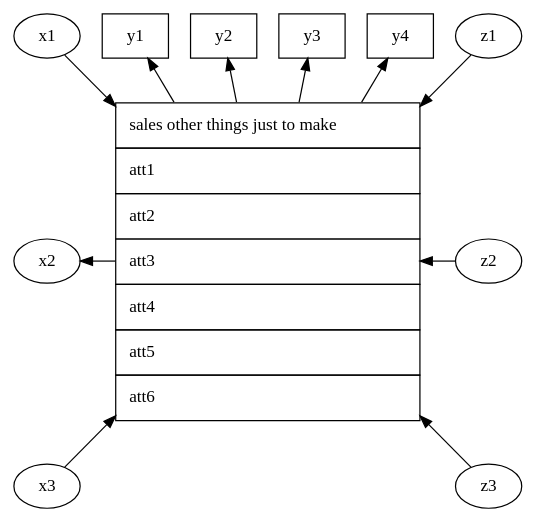
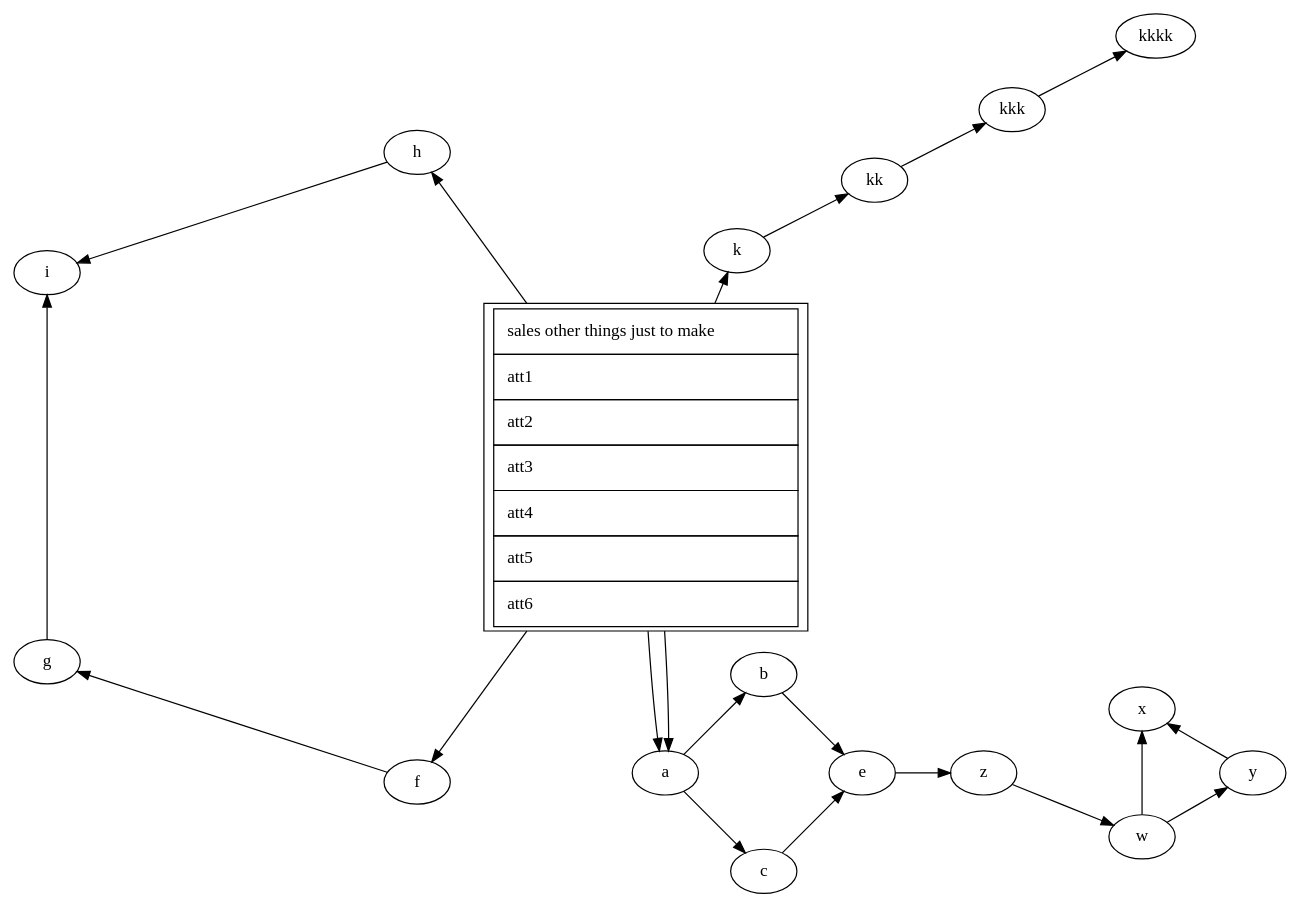
One commit to leonardogonfiantini/bubbly changed the diagram in cmd/gen/dot.dot. Above: the diagram before and after it, drawn with Graphviz. The commit also changed 5 other files, not shown here.

```diff
--- a/cmd/gen/dot.dot
+++ b/cmd/gen/dot.dot
@@ -1,34 +1,50 @@
 digraph G {
-	subgraph how {
-	rank=same;
-	y1 [ shape=box ];
-	y2 [ shape=box ];
-	y3 [ shape=box ];
-	y4 [ shape=box ];
-
-}
-->fact[ dir=back ];
-	x2->fact[ dir=back ];
-	x1->x2[ style=invis ];
-	x2->x3[ style=invis ];
-	fact->x1[ constraint=false, dir=back ];
-	fact->x3[ constraint=false, dir=back ];
-	fact->z2[ dir=back ];
-	z1->z2[ style=invis ];
-	z2->z3[ style=invis ];
-	fact->z1[ constraint=false, dir=back ];
-	fact->z3[ constraint=false, dir=back ];
-	subgraph where {
-	rank=same;
-	fact [ label=<<table border="0" cellborder="1" cellspacing="0" cellpadding="10"><tr> <td> sales other things just to make</td> </tr><tr> <td align="left"> att1 </td> </tr> <tr> <td align="left"> att2 </td> </tr> <tr> <td align="left"> att3 </td> </tr> <tr> <td align="left"> att4 </td> </tr> <tr> <td align="left"> att5 </td> </tr> <tr> <td align="left"> att6 </td> </tr>  </table>>, shape=plain ];
-	x2 [ group=left ];
-	z2 [ group=right ];
+	layout=circo;
+	a->b;
+	a->c;
+	c->e;
+	b->e;
+	e->z;
+	z->w;
+	w->x;
+	w->y;
+	y->x;
+	fact->a;
+	fact->a;
+	fact->k;
+	k->kk;
+	kk->kkk;
+	kkk->kkkk;
+	f->g;
+	h->i;
+	g->i;
+	fact->f;
+	fact->h;
+	subgraph dom1 {
+	rankdir=LR;
+	a;
+	b;
+	c;
+	e;
+	w;
+	x;
+	y;
+	z;
 
 }
 ;
-	x1 [ group=left ];
-	x3 [ group=left ];
-	z1 [ group=right ];
-	z3 [ group=right ];
+	subgraph dom2 {
+	f;
+	g;
+	h;
+	i;
 
 }
+;
+	fact [ label=<<table border="0" cellborder="1" cellspacing="0" cellpadding="10"><tr> <td port="1"> sales other things just to make</td> </tr><tr> <td align="left" port="2"> att1 </td> </tr> <tr> <td align="left" port="3"> att2 </td> </tr> <tr> <td align="left"> att3 </td> </tr> <tr> <td align="left"> att4 </td> </tr> <tr> <td align="left"> att5 </td> </tr> <tr> <td align="left"> att6 </td> </tr>  </table>>, root=true, shape=box ];
+	k;
+	kk;
+	kkk;
+	kkkk;
+
+}
```
